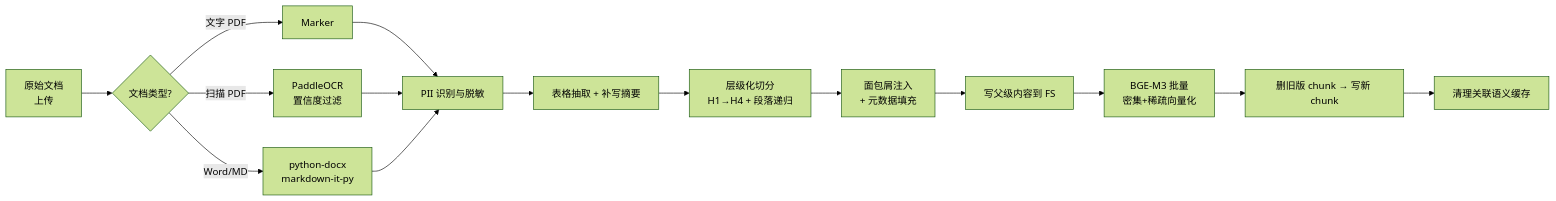
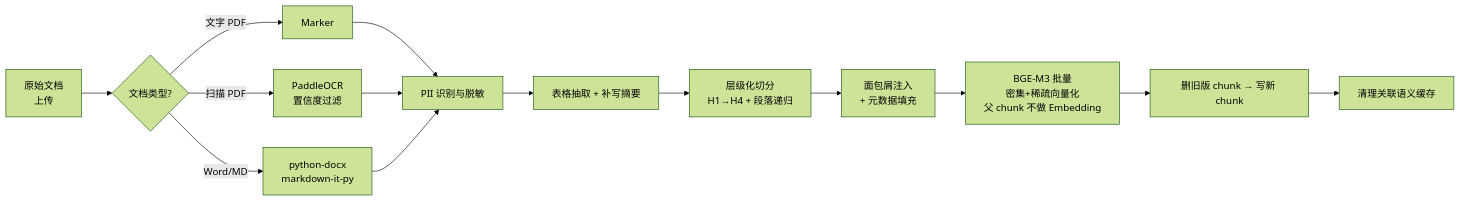
The seventh of 8 diagrams in doc/arch.md (meteorion/verity), drawn with Mermaid (forest theme) before and after one commit. The commit also changed other lines of this file and 5 other files, not shown here.

````diff
--- a/doc/arch.md
+++ b/doc/arch.md
@@ -377,16 +376,15 @@
 ```mermaid
 flowchart LR
     A[原始文档\n上传] --> B{文档类型?}
     B -- 文字 PDF --> C[Marker]
     B -- 扫描 PDF --> D[PaddleOCR\n置信度过滤]
     B -- Word/MD --> E[python-docx\nmarkdown-it-py]
 
     C & D & E --> G[PII 识别与脱敏]
     G --> H[表格抽取 + 补写摘要]
     H --> I[层级化切分\nH1→H4 + 段落递归]
     I --> J[面包屑注入\n+ 元数据填充]
-    J --> K[写父级内容到 FS]
-    K --> L[BGE-M3 批量\n密集+稀疏向量化]
+    J --> L[BGE-M3 批量\n密集+稀疏向量化\n父 chunk 不做 Embedding]
     L --> M[删旧版 chunk → 写新 chunk]
     M --> N[清理关联语义缓存]
 ```
````
